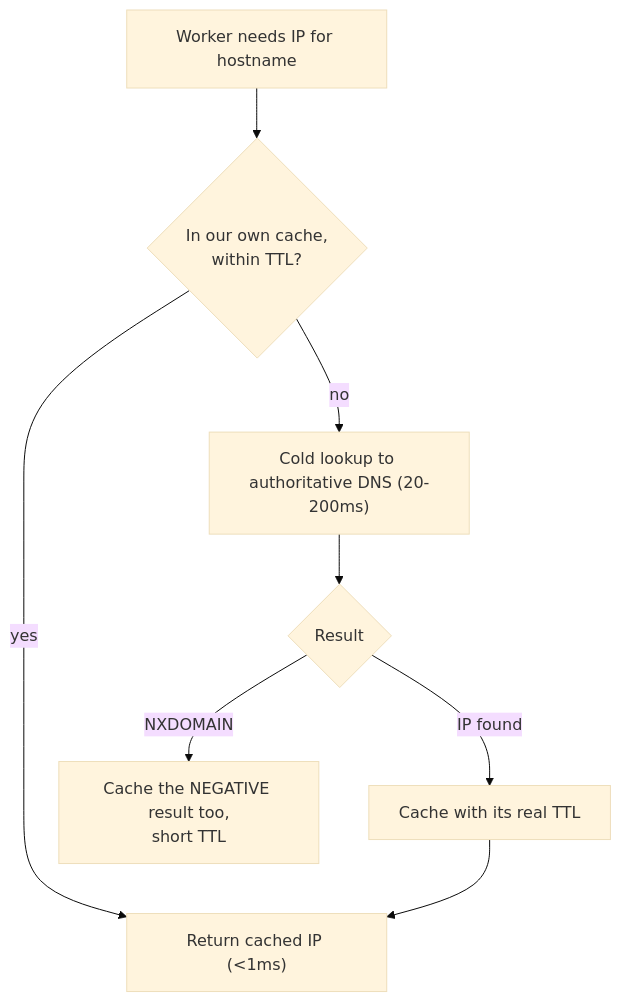
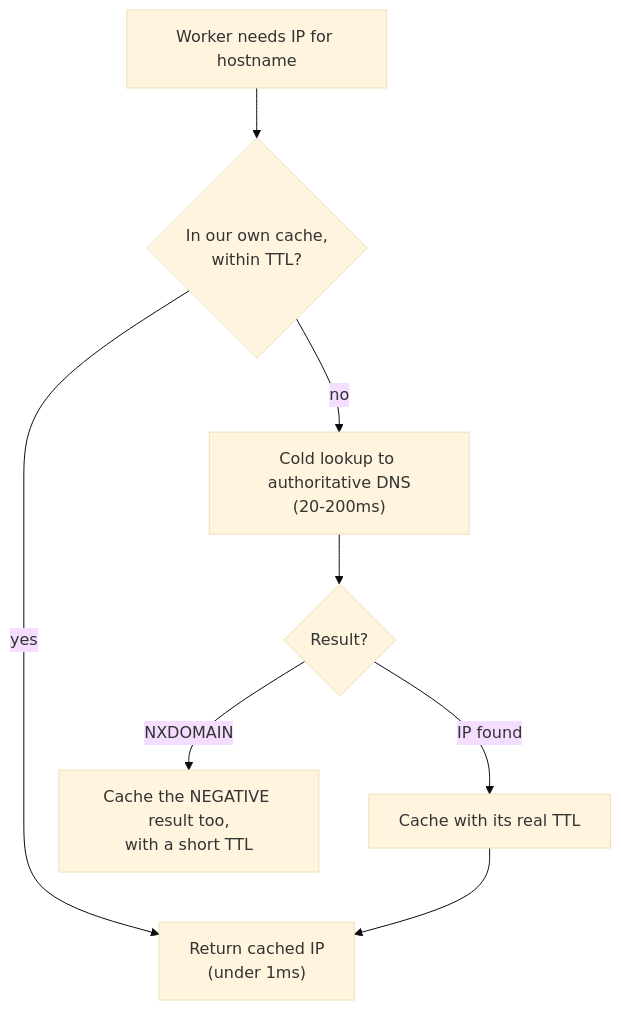
One commit to riyaz-pasha/Learnings changed the ninth of 16 diagrams in system-design/HLD/0-course/35-Web-Crawler-FAANG-Guide-story.md. Above: the diagram before and after it, drawn with Mermaid (base theme). The commit also changed other lines of this file and 5 other files, not shown here.

Commit message:
[REWRITE] Design Newsfeed story guide: simplify prose, add structure, fix diagrams

````diff
--- a/system-design/HLD/0-course/35-Web-Crawler-FAANG-Guide-story.md
+++ b/system-design/HLD/0-course/35-Web-Crawler-FAANG-Guide-story.md
@@ -216,10 +529,10 @@
 ```mermaid
 flowchart TD
-    Req["Worker needs IP for hostname"] --> Hit{"In our own cache,\nwithin TTL?"}
-    Hit -->|yes| Fast["Return cached IP (<1ms)"]
-    Hit -->|no| Slow["Cold lookup to authoritative DNS (20-200ms)"]
-    Slow --> Result{"Result"}
-    Result -->|IP found| Store["Cache with its real TTL"]
-    Result -->|NXDOMAIN| Neg["Cache the NEGATIVE result too,\nshort TTL"]
+    Req["Worker needs IP for hostname"] --> Hit{"In our own cache,<br/>within TTL?"}
+    Hit -->|yes| Fast["Return cached IP<br/>(under 1ms)"]
+    Hit -->|no| Slow["Cold lookup to authoritative DNS<br/>(20-200ms)"]
+    Slow --> Result{"Result?"}
+    Result -->|"IP found"| Store["Cache with its real TTL"]
+    Result -->|"NXDOMAIN"| Neg["Cache the NEGATIVE result too,<br/>with a short TTL"]
     Store --> Fast
 ```
````
